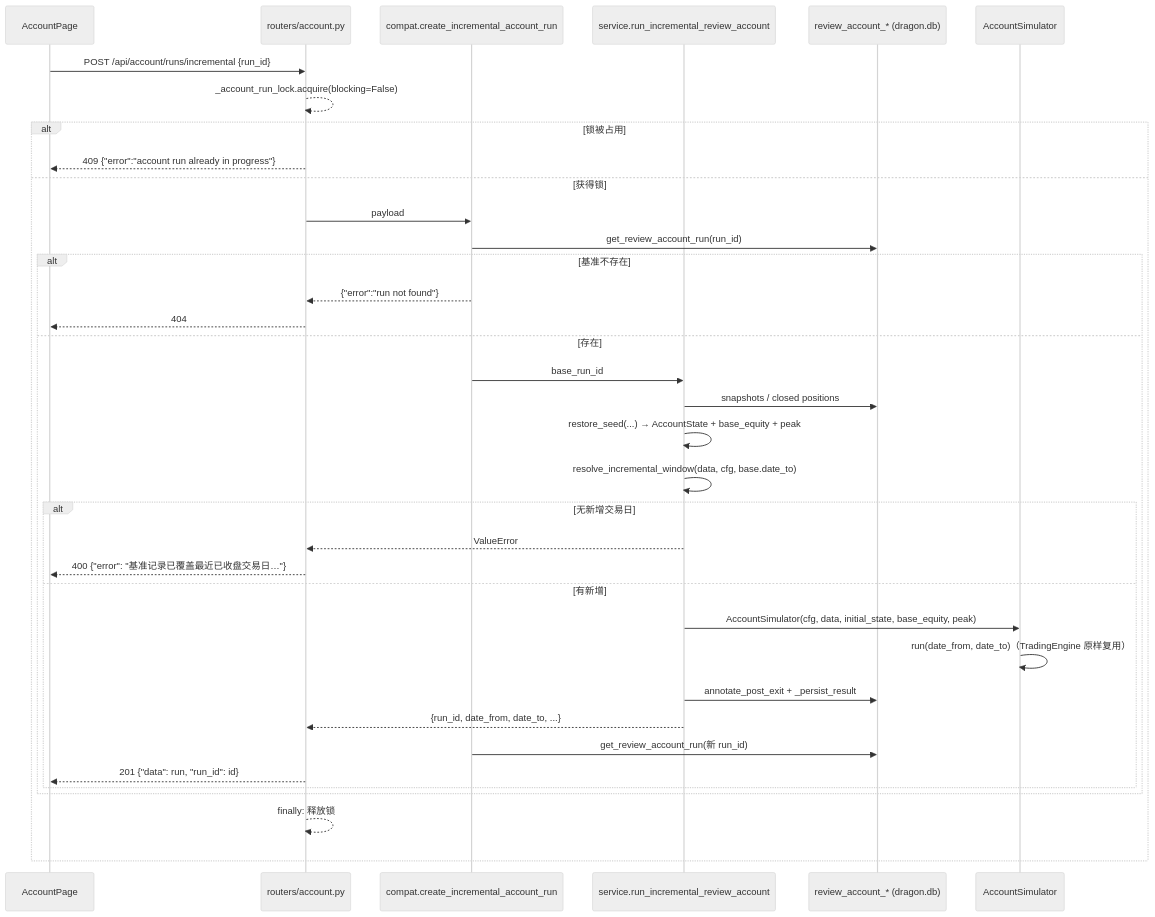
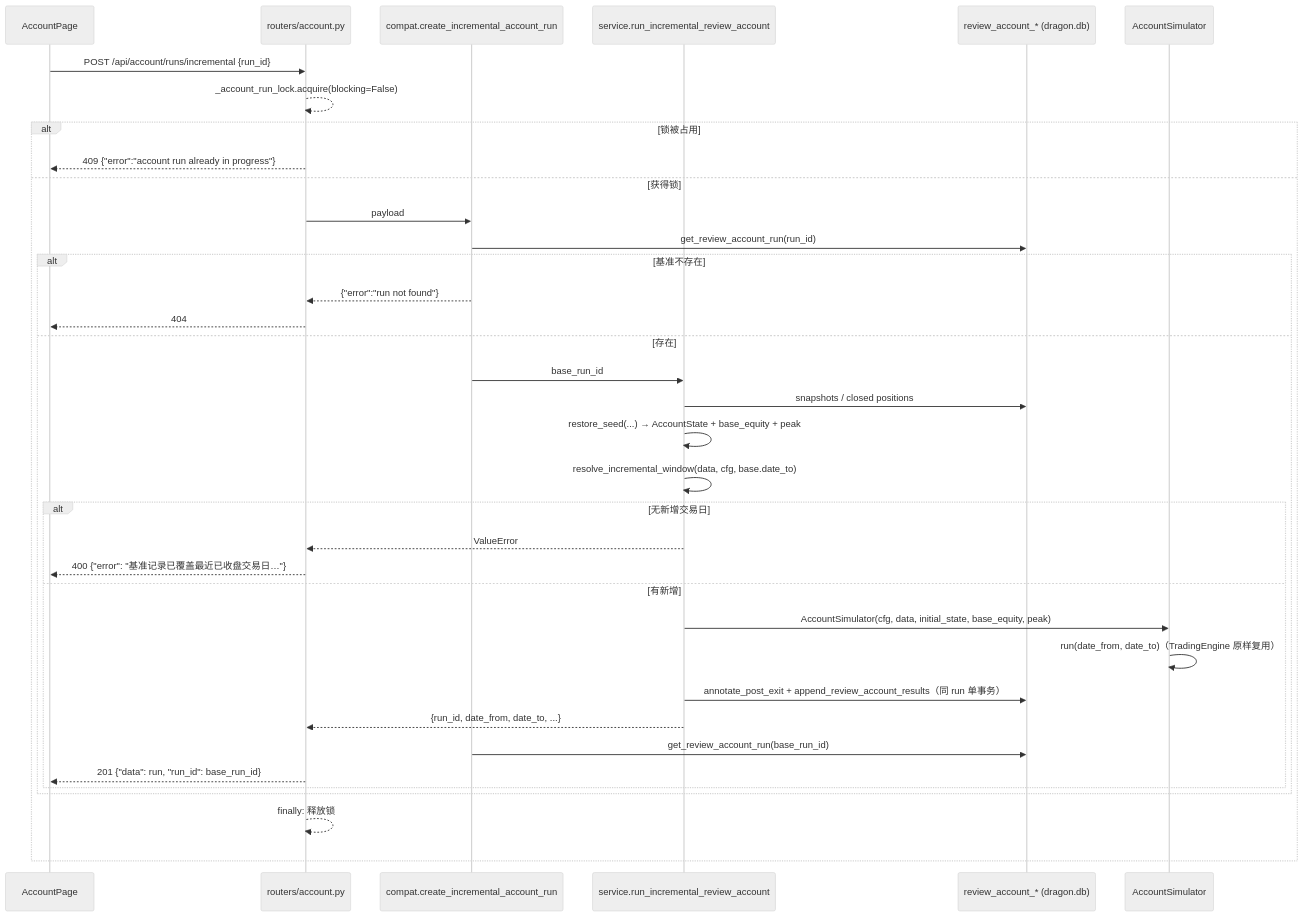
Before and after one commit to gitBingxu/dragon-quant: the first of 2 diagrams in docs/solutions/2026-11-03-account-incremental-run.md, drawn with Mermaid (neutral theme). The commit also changed other lines of this file and 16 other files, not shown here.

````diff
--- a/docs/solutions/2026-11-03-account-incremental-run.md
+++ b/docs/solutions/2026-11-03-account-incremental-run.md
@@ -43,39 +44,39 @@
 ```mermaid
 sequenceDiagram
     participant FE as AccountPage
     participant R as routers/account.py
     participant C as compat.create_incremental_account_run
     participant S as service.run_incremental_review_account
     participant DB as review_account_* (dragon.db)
     participant SIM as AccountSimulator
 
     FE->>R: POST /api/account/runs/incremental {run_id}
     R-->>R: _account_run_lock.acquire(blocking=False)
     alt 锁被占用
         R-->>FE: 409 {"error":"account run already in progress"}
     else 获得锁
         R->>C: payload
         C->>DB: get_review_account_run(run_id)
         alt 基准不存在
             C-->>R: {"error":"run not found"}
             R-->>FE: 404
         else 存在
             C->>S: base_run_id
             S->>DB: snapshots / closed positions
             S->>S: restore_seed(...) → AccountState + base_equity + peak
             S->>S: resolve_incremental_window(data, cfg, base.date_to)
             alt 无新增交易日
                 S-->>R: ValueError
                 R-->>FE: 400 {"error": "基准记录已覆盖最近已收盘交易日…"}
             else 有新增
                 S->>SIM: AccountSimulator(cfg, data, initial_state, base_equity, peak)
                 SIM->>SIM: run(date_from, date_to)（TradingEngine 原样复用）
-                S->>DB: annotate_post_exit + _persist_result
+                S->>DB: annotate_post_exit + append_review_account_results（同 run 单事务）
                 S-->>R: {run_id, date_from, date_to, ...}
-                C->>DB: get_review_account_run(新 run_id)
-                R-->>FE: 201 {"data": run, "run_id": id}
+                C->>DB: get_review_account_run(base_run_id)
+                R-->>FE: 201 {"data": run, "run_id": base_run_id}
             end
         end
         R-->>R: finally: 释放锁
     end
 ```
````
